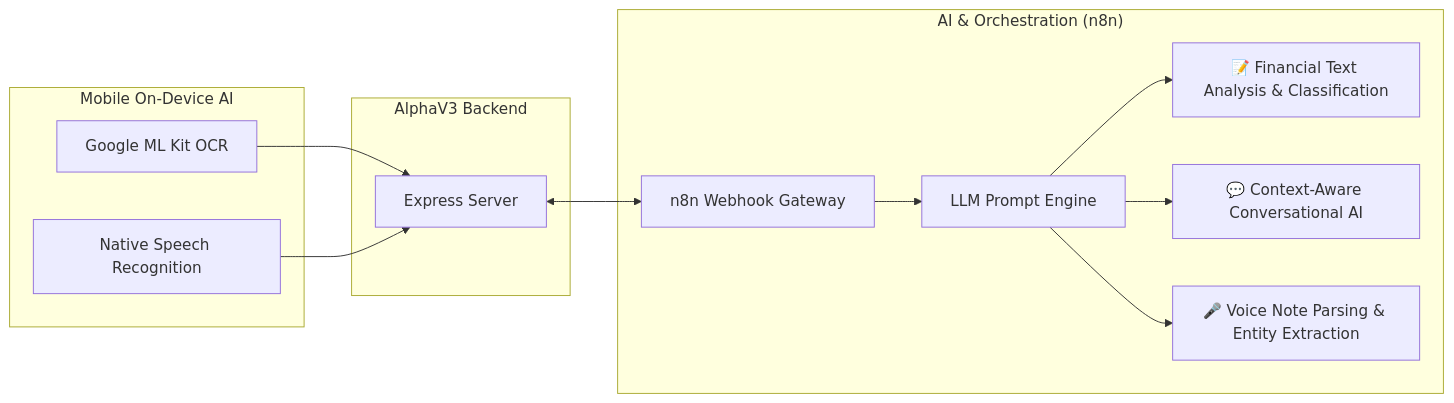
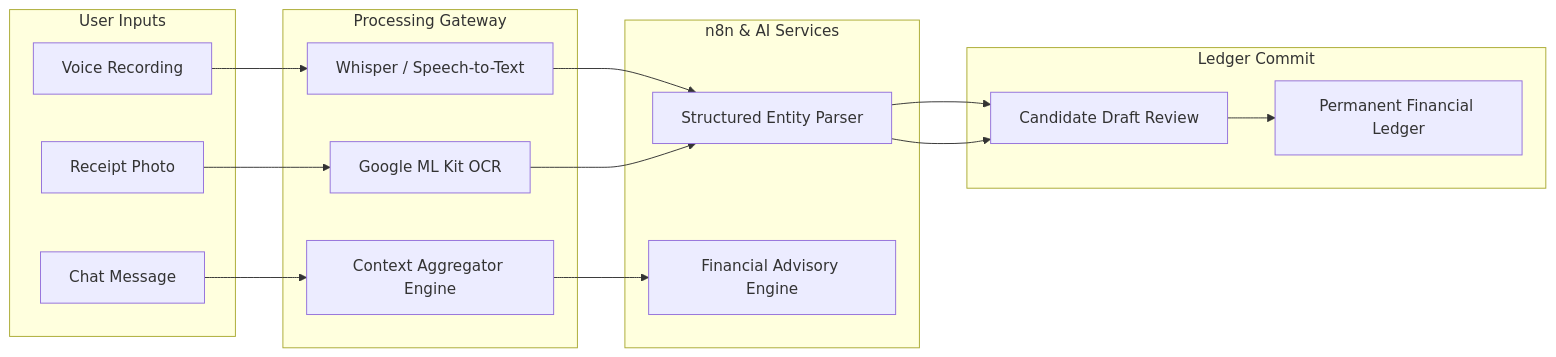
One commit to mohammadbzoor/AlphaAPP changed the second of 3 diagrams in README.md. Above: the diagram before and after it, drawn with Mermaid. The commit also changed other lines of this file, not shown here.

````diff
--- a/README.md
+++ b/README.md
@@ -82,27 +109,29 @@
 ```mermaid
 graph LR
-    subgraph "AlphaV3 Backend"
-        A[Express Server]
+    subgraph Input_Sources ["User Inputs"]
+        A1[Voice Recording]
+        A2[Receipt Photo]
+        A3[Chat Message]
     end
 
-    subgraph "AI & Orchestration (n8n)"
-        B[n8n Webhook Gateway]
-        C[LLM Prompt Engine]
-        D[📝 Financial Text Analysis & Classification]
-        E[💬 Context-Aware Conversational AI]
-        F[🎤 Voice Note Parsing & Entity Extraction]
+    subgraph Processing ["Processing Gateway"]
+        B1[Whisper / Speech-to-Text]
+        B2[Google ML Kit OCR]
+        B3[Context Aggregator Engine]
     end
 
-    subgraph "Mobile On-Device AI"
-        G[Google ML Kit OCR]
-        H[Native Speech Recognition]
+    subgraph Orchestration ["n8n & AI Services"]
+        C1[Structured Entity Parser]
+        C2[Financial Advisory Engine]
     end
 
-    A <--> B
-    B --> C
-    C --> D
-    C --> E
-    C --> F
-    G --> A
-    H --> A
+    subgraph Storage ["Ledger Commit"]
+        D1[Candidate Draft Review]
+        D2[Permanent Financial Ledger]
+    end
+
+    A1 --> B1 --> C1 --> D1
+    A2 --> B2 --> C1 --> D1
+    A3 --> B3 --> C2
+    D1 --> D2
 ```
````
